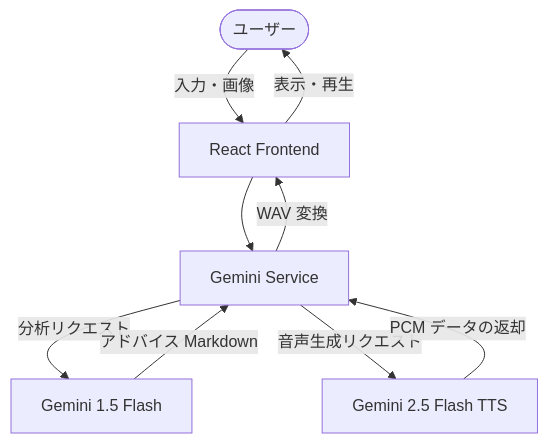
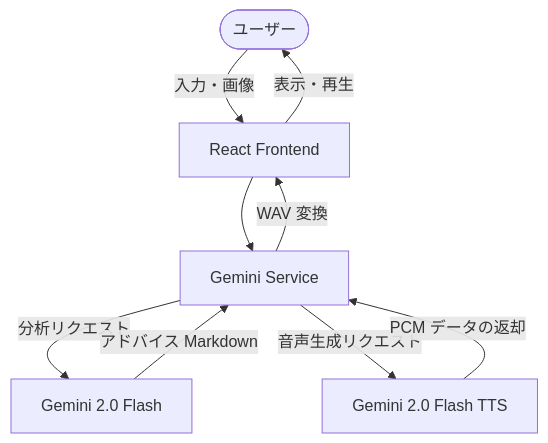
Before and after one commit to kkitase/kobe-agri: the diagram in README.md, drawn with Mermaid.

Commit message:
docs: update model names in Mermaid diagram to Gemini 2.0 Flash

````diff
--- a/README.md
+++ b/README.md
@@ -28,17 +28,17 @@
 ```mermaid
 graph TD
     User([ユーザー])
     UI[React Frontend]
     Service[Gemini Service]
-    API_V[Gemini 1.5 Flash]
-    API_T[Gemini 2.5 Flash TTS]
+    API_V[Gemini 2.0 Flash]
+    API_T[Gemini 2.0 Flash TTS]
 
     User -->|入力・画像| UI
     UI --> Service
     Service -->|分析リクエスト| API_V
     API_V -->|アドバイス Markdown| Service
     Service -->|音声生成リクエスト| API_T
     API_T -->|PCM データの返却| Service
     Service -->|WAV 変換| UI
     UI -->|表示・再生| User
 ```
````
